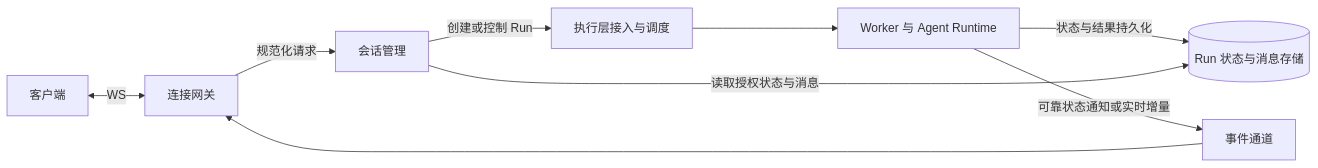
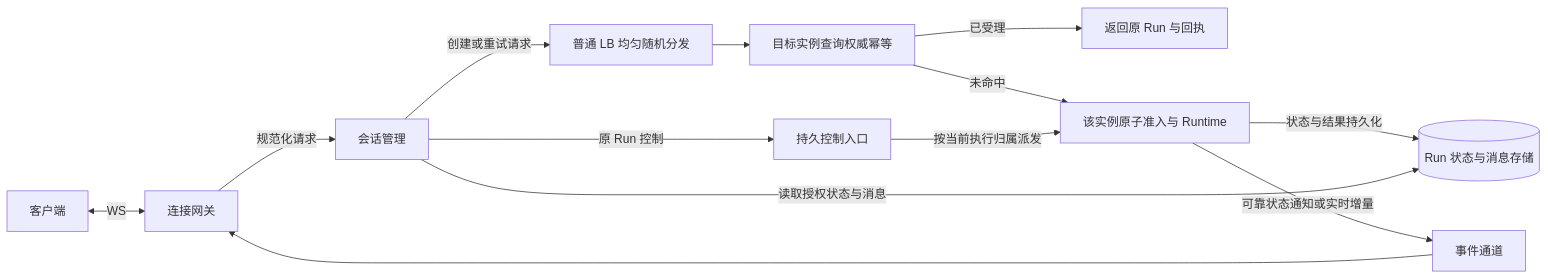
One commit to youngPvt/note-book changed the diagram in work/base/02-connection/README.md. Above: the diagram before and after it, drawn with Mermaid. The commit also changed other lines of this file and 48 other files, not shown here.

````diff
--- a/work/base/02-connection/README.md
+++ b/work/base/02-connection/README.md
@@ -33,11 +40,15 @@
 ```mermaid
 flowchart LR
     U[客户端] <-->|WS| G[连接网关]
     G -->|规范化请求| S[会话管理]
-    S -->|创建或控制 Run| E[执行层接入与调度]
-    E --> W[Worker 与 Agent Runtime]
+    S -->|创建或重试请求| E[普通 LB 均匀随机分发]
+    E --> I[目标实例查询权威幂等]
+    I -->|已受理| A[返回原 Run 与回执]
+    I -->|未命中| W[该实例原子准入与 Runtime]
+    S -->|原 Run 控制| C[持久控制入口]
+    C -->|按当前执行归属派发| W
     W -->|状态与结果持久化| D[(Run 状态与消息存储)]
     W -->|可靠状态通知或实时增量| B[事件通道]
     B --> G
     S -->|读取授权状态与消息| D
 ```
````
